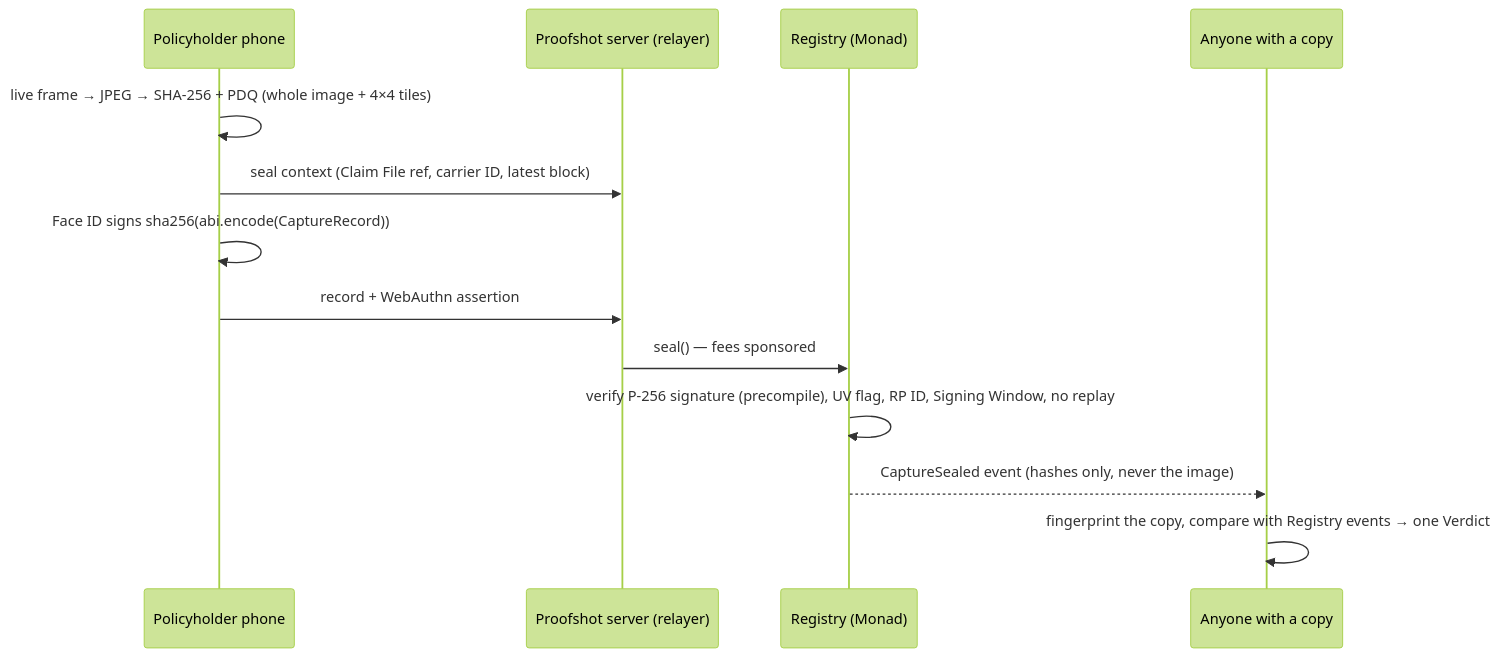
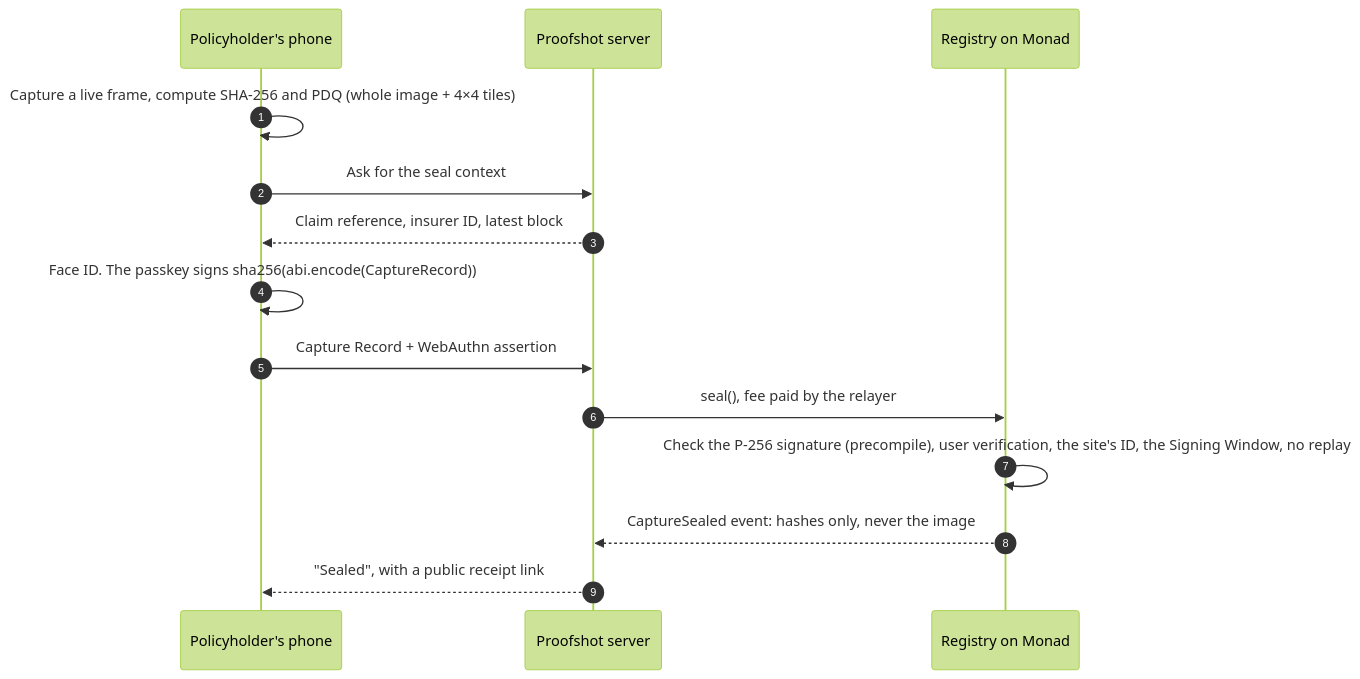
One commit to CemAyyildiz/proofshot changed the second of 3 diagrams in README.md. Above: the diagram before and after it, drawn with Mermaid (forest theme). The commit also changed other lines of this file and 16 other files, not shown here.

First line of the commit message:
docs: README with the live app, diagrams and measured numbers; MIT license and a security policy; fix(cli): start at the Registry's deploy block and read the chain in parallel ranges

````diff
--- a/README.md
+++ b/README.md
@@ -56,15 +99,16 @@
 ```mermaid
 sequenceDiagram
-  participant P as Policyholder phone
-  participant S as Proofshot server (relayer)
-  participant R as Registry (Monad)
-  participant V as Anyone with a copy
-  P->>P: live frame → JPEG → SHA-256 + PDQ (whole image + 4×4 tiles)
-  P->>S: seal context (Claim File ref, carrier ID, latest block)
-  P->>P: Face ID signs sha256(abi.encode(CaptureRecord))
-  P->>S: record + WebAuthn assertion
-  S->>R: seal() — fees sponsored
-  R->>R: verify P-256 signature (precompile), UV flag, RP ID, Signing Window, no replay
-  R-->>V: CaptureSealed event (hashes only, never the image)
-  V->>V: fingerprint the copy, compare with Registry events → one Verdict
+  autonumber
+  participant P as Policyholder's phone
+  participant S as Proofshot server
+  participant R as Registry on Monad
+  P->>P: Capture a live frame, compute SHA-256 and PDQ (whole image + 4×4 tiles)
+  P->>S: Ask for the seal context
+  S-->>P: Claim reference, insurer ID, latest block
+  P->>P: Face ID. The passkey signs sha256(abi.encode(CaptureRecord))
+  P->>S: Capture Record + WebAuthn assertion
+  S->>R: seal(), fee paid by the relayer
+  R->>R: Check the P-256 signature (precompile), user verification, the site's ID, the Signing Window, no replay
+  R-->>S: CaptureSealed event: hashes only, never the image
+  S-->>P: "Sealed", with a public receipt link
 ```
````
